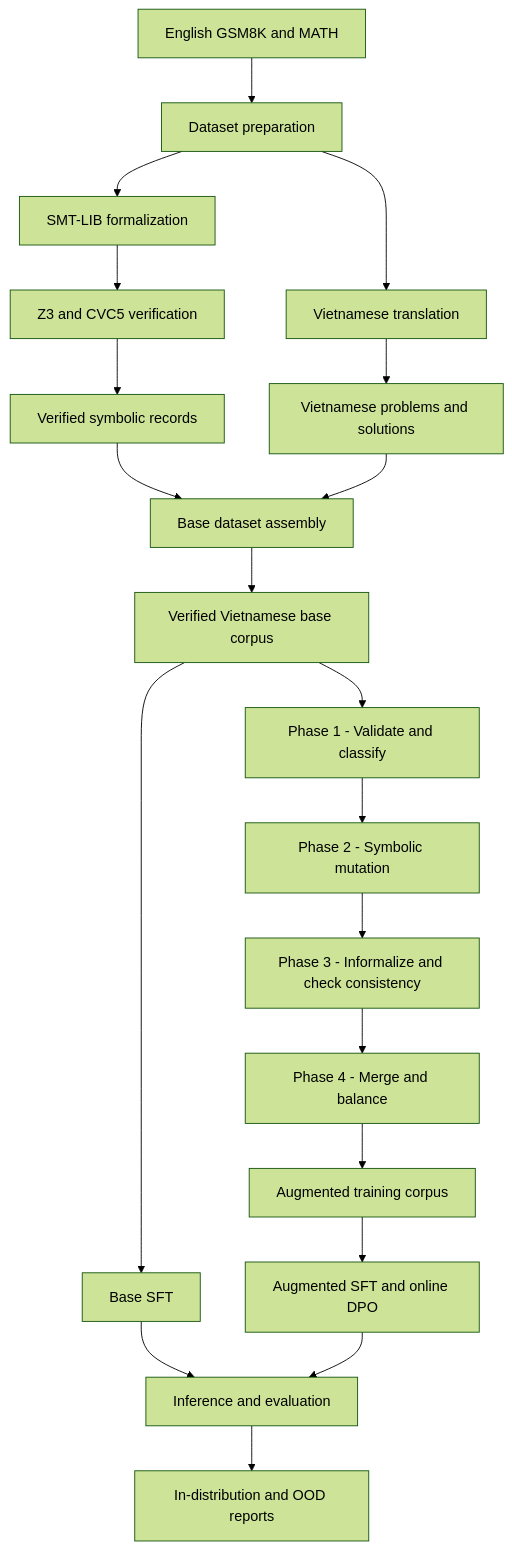
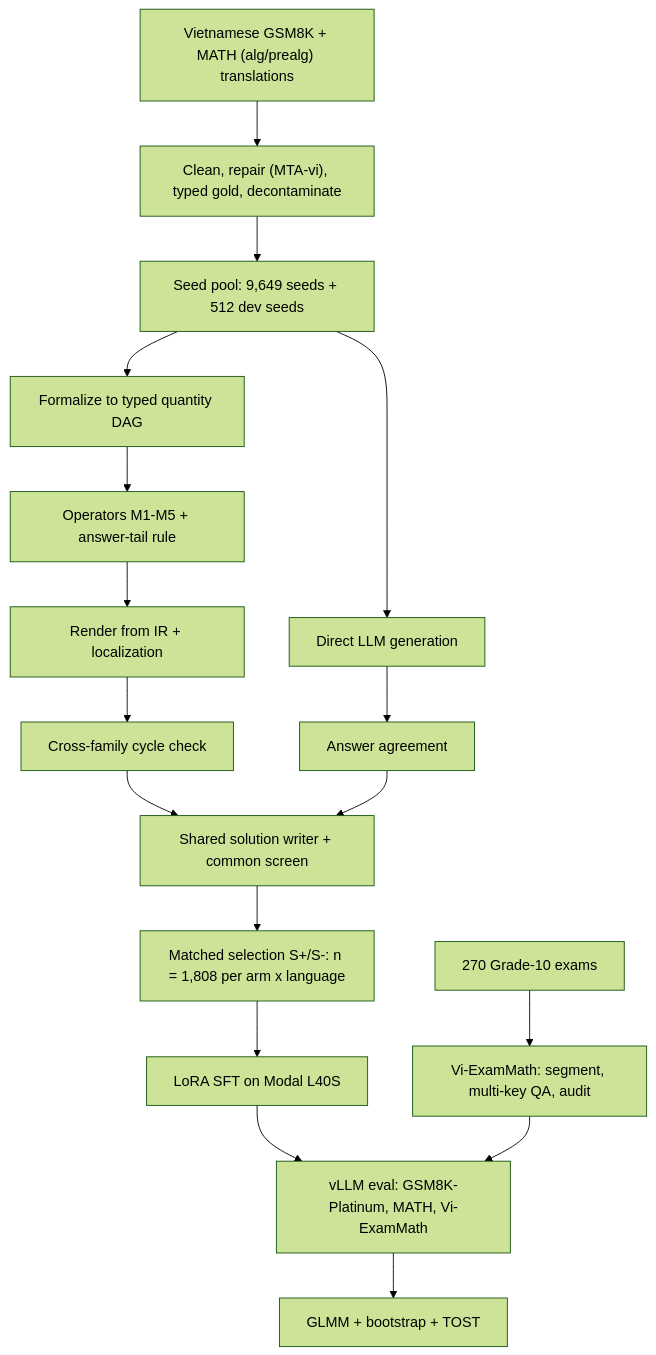
One commit to datdaide1/vi-math-smt changed the diagram in README.md. Above: the diagram before and after it, drawn with Mermaid (forest theme). The commit also changed other lines of this file, not shown here.

Commit message:
docs: rewrite README for the typed-quantity-graph pipeline, Vi-ExamMath and the controlled comparison

````diff
--- a/README.md
+++ b/README.md
@@ -84,22 +68,19 @@
 ```mermaid
 flowchart TD
-    A["English GSM8K and MATH"] --> B["Dataset preparation"]
-    B --> C["SMT-LIB formalization"]
-    B --> D["Vietnamese translation"]
-    C --> E["Z3 and CVC5 verification"]
-    E --> F["Verified symbolic records"]
-    D --> G["Vietnamese problems and solutions"]
-    F --> H["Base dataset assembly"]
-    G --> H
-    H --> I["Verified Vietnamese base corpus"]
-    I --> J["Phase 1 - Validate and classify"]
-    J --> K["Phase 2 - Symbolic mutation"]
-    K --> L["Phase 3 - Informalize and check consistency"]
-    L --> M["Phase 4 - Merge and balance"]
-    M --> N["Augmented training corpus"]
-    I --> O["Base SFT"]
-    N --> P["Augmented SFT and online DPO"]
-    O --> Q["Inference and evaluation"]
-    P --> Q
-    Q --> R["In-distribution and OOD reports"]
+    A["Vietnamese GSM8K + MATH (alg/prealg) translations"] --> B["Clean, repair (MTA-vi), typed gold, decontaminate"]
+    B --> C["Seed pool: 9,649 seeds + 512 dev seeds"]
+    C --> Y1["Formalize to typed quantity DAG"]
+    Y1 --> Y2["Operators M1-M5 + answer-tail rule"]
+    Y2 --> Y3["Render from IR + localization"]
+    Y3 --> Y4["Cross-family cycle check"]
+    C --> N1["Direct LLM generation"]
+    N1 --> N2["Answer agreement"]
+    Y4 --> S["Shared solution writer + common screen"]
+    N2 --> S
+    S --> P["Matched selection S+/S-: n = 1,808 per arm x language"]
+    P --> T["LoRA SFT on Modal L40S"]
+    T --> E["vLLM eval: GSM8K-Platinum, MATH, Vi-ExamMath"]
+    E --> G["GLMM + bootstrap + TOST"]
+    X["270 Grade-10 exams"] --> XB["Vi-ExamMath: segment, multi-key QA, audit"]
+    XB --> E
 ```
````
